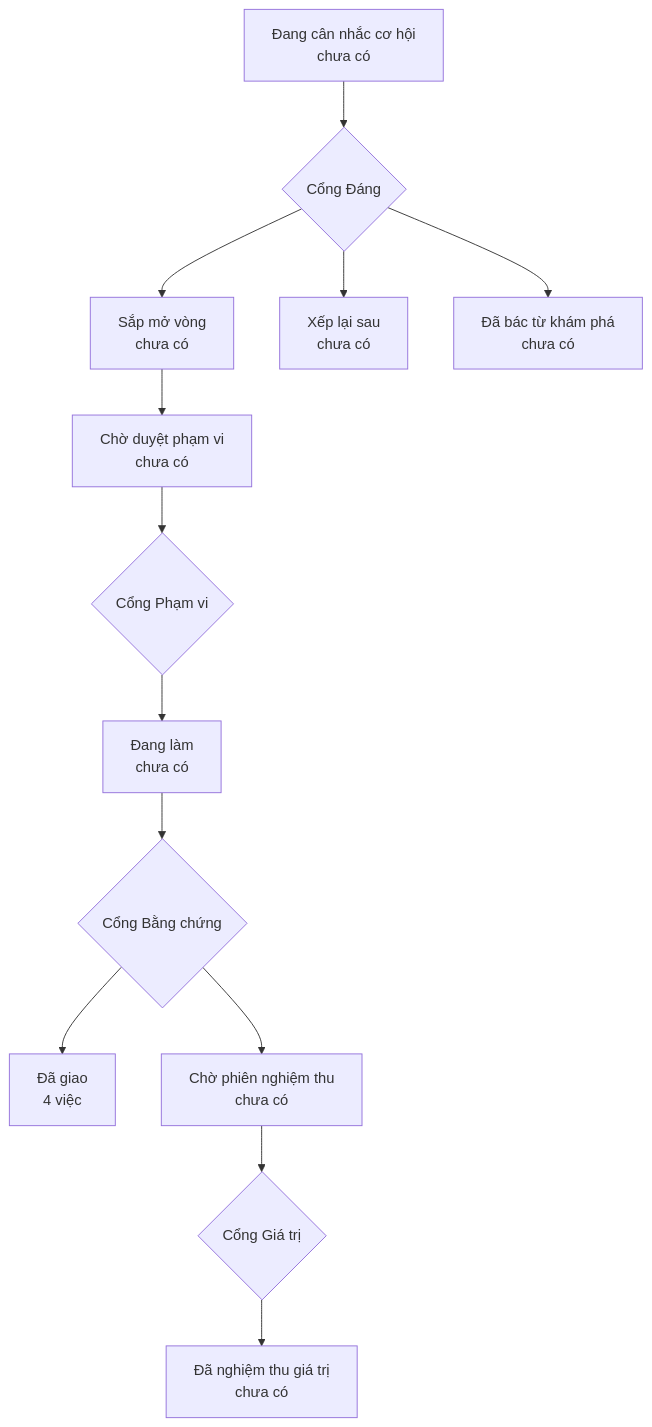
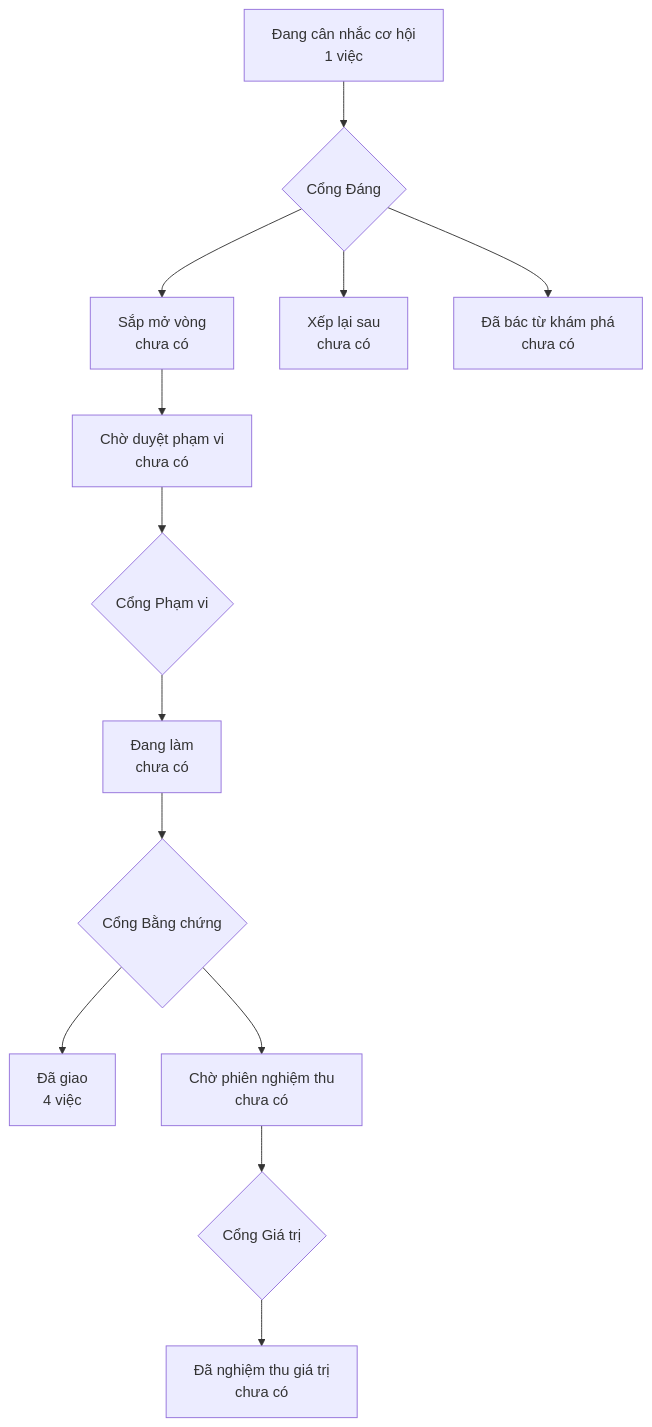
One commit to phanlemanh/crm-onehub changed the diagram in PRODUCT-MAP.md. Above: the diagram before and after it, drawn with Mermaid. The commit also changed other lines of this file and 1 other file, not shown here.

````diff
--- a/PRODUCT-MAP.md
+++ b/PRODUCT-MAP.md
@@ -6,12 +6,12 @@
 ```mermaid
 flowchart TD
-  A["Đang cân nhắc cơ hội<br/>chưa có"] --> GD{"Cổng Đáng"}
+  A["Đang cân nhắc cơ hội<br/>1 việc"] --> GD{"Cổng Đáng"}
   GD --> B["Sắp mở vòng<br/>chưa có"]
   GD --> XL["Xếp lại sau<br/>chưa có"]
   GD --> DB["Đã bác từ khám phá<br/>chưa có"]
   B --> CD["Chờ duyệt phạm vi<br/>chưa có"] --> GP{"Cổng Phạm vi"}
   GP --> DL["Đang làm<br/>chưa có"] --> GB{"Cổng Bằng chứng"}
   GB --> DG["Đã giao<br/>4 việc"]
   GB --> CN["Chờ phiên nghiệm thu<br/>chưa có"] --> GG{"Cổng Giá trị"}
   GG --> NT["Đã nghiệm thu giá trị<br/>chưa có"]
 ```
````
